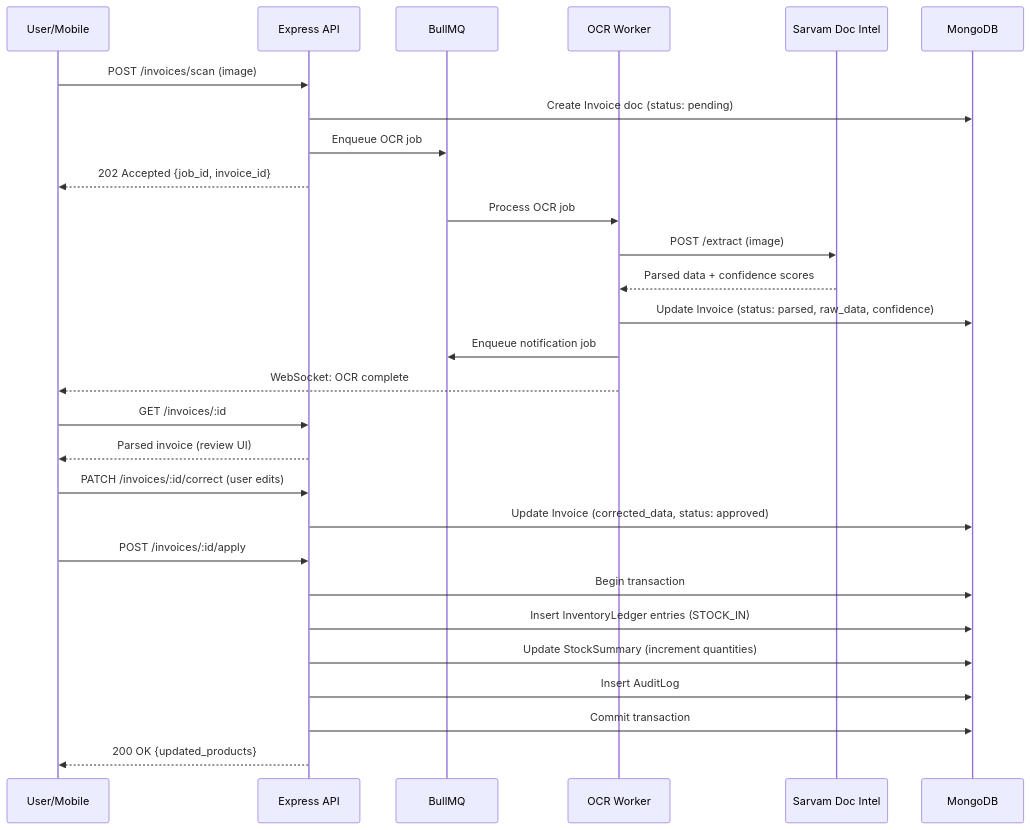
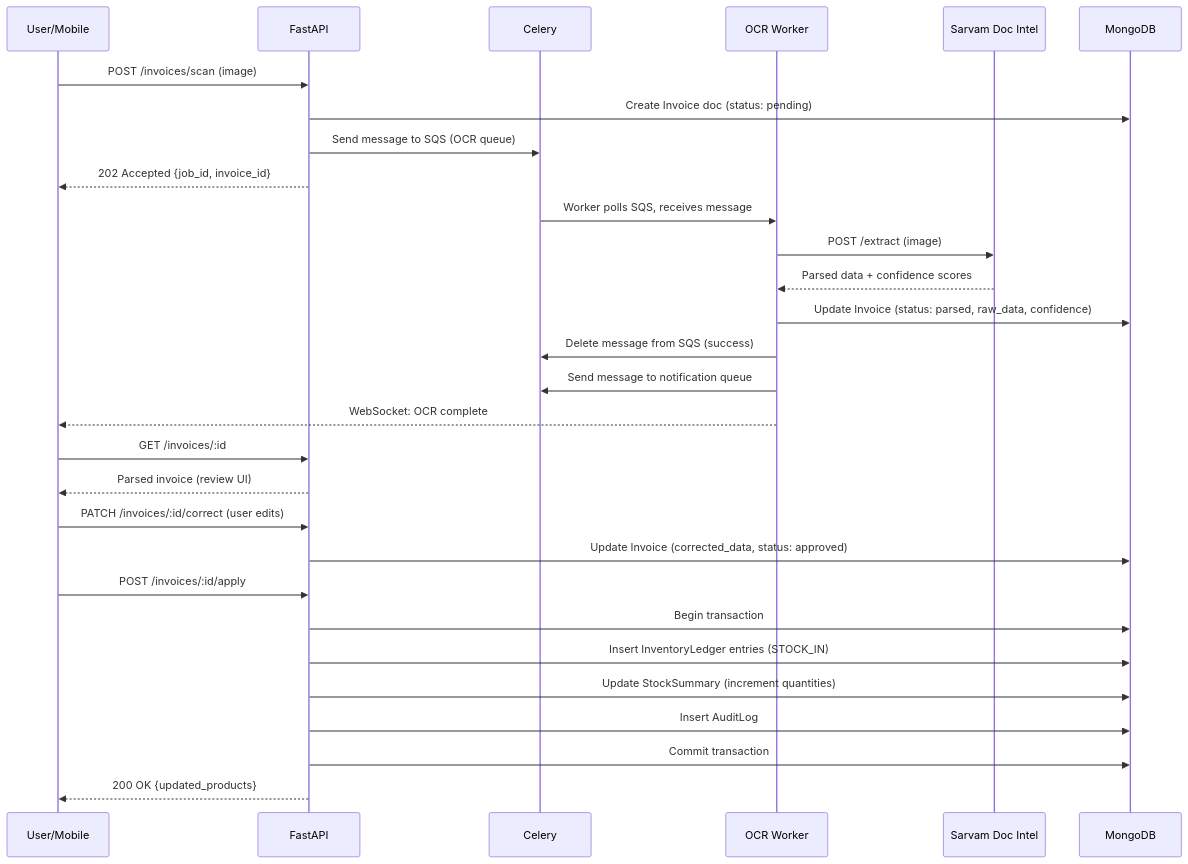
One commit to rishav-dev-verma/ai-msme changed the second of 4 diagrams in design.md. Above: the diagram before and after it, drawn with Mermaid. The commit also changed other lines of this file, not shown here.

````diff
--- a/design.md
+++ b/design.md
@@ -122,35 +127,36 @@
 ```mermaid
 sequenceDiagram
     participant U as User/Mobile
-    participant API as Express API
-    participant Q as BullMQ
+    participant API as FastAPI
+    participant Q as Celery
     participant W as OCR Worker
     participant S as Sarvam Doc Intel
     participant DB as MongoDB
     
     U->>API: POST /invoices/scan (image)
     API->>DB: Create Invoice doc (status: pending)
-    API->>Q: Enqueue OCR job
+    API->>Q: Send message to SQS (OCR queue)
     API-->>U: 202 Accepted {job_id, invoice_id}
     
-    Q->>W: Process OCR job
+    Q->>W: Worker polls SQS, receives message
     W->>S: POST /extract (image)
     S-->>W: Parsed data + confidence scores
     W->>DB: Update Invoice (status: parsed, raw_data, confidence)
-    W->>Q: Enqueue notification job
+    W->>Q: Delete message from SQS (success)
+    W->>Q: Send message to notification queue
     W-->>U: WebSocket: OCR complete
     
     U->>API: GET /invoices/:id
     API-->>U: Parsed invoice (review UI)
     
     U->>API: PATCH /invoices/:id/correct (user edits)
     API->>DB: Update Invoice (corrected_data, status: approved)
     
     U->>API: POST /invoices/:id/apply
     API->>DB: Begin transaction
     API->>DB: Insert InventoryLedger entries (STOCK_IN)
     API->>DB: Update StockSummary (increment quantities)
     API->>DB: Insert AuditLog
     API->>DB: Commit transaction
     API-->>U: 200 OK {updated_products}
 ```
````
